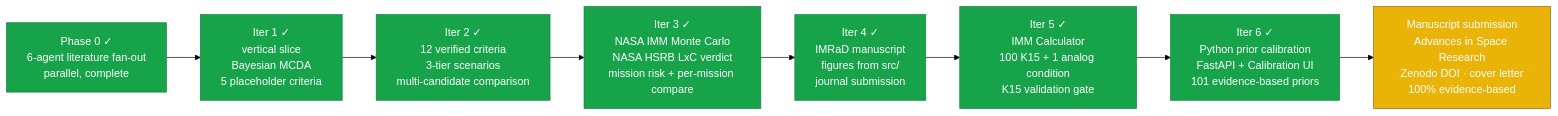
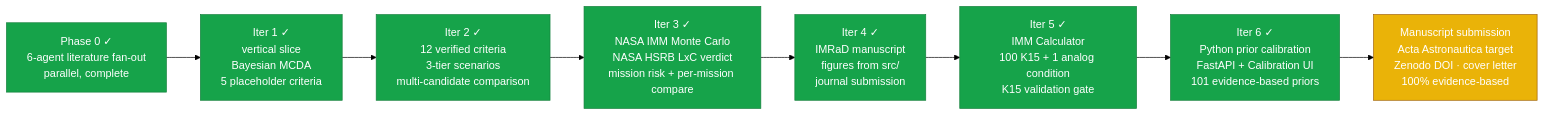
The first of 2 diagrams in README.md (strikerdlm/selectron), drawn with Mermaid (forest theme) before and after one commit. The commit also changed other lines of this file and 18 other files, not shown here.

Commit message:
Retarget manuscript to Acta and freeze priors

````diff
--- a/README.md
+++ b/README.md
@@ -98,15 +98,15 @@
 ```mermaid
 flowchart LR
     P0[Phase 0 ✓<br/>6-agent literature fan-out<br/>parallel, complete] --> I1
     I1[Iter 1 ✓<br/>vertical slice<br/>Bayesian MCDA<br/>5 placeholder criteria] --> I2
     I2[Iter 2 ✓<br/>12 verified criteria<br/>3-tier scenarios<br/>multi-candidate comparison] --> I3
     I3[Iter 3 ✓<br/>NASA IMM Monte Carlo<br/>NASA HSRB LxC verdict<br/>mission risk + per-mission compare] --> I4
     I4[Iter 4 ✓<br/>IMRaD manuscript<br/>figures from src/<br/>journal submission] --> I5
     I5[Iter 5 ✓<br/>IMM Calculator<br/>100 K15 + 1 analog condition<br/>K15 validation gate] --> I6
     I6[Iter 6 ✓<br/>Python prior calibration<br/>FastAPI + Calibration UI<br/>101 evidence-based priors] --> MS
-    MS[Manuscript submission<br/>Advances in Space Research<br/>Zenodo DOI · cover letter<br/>100% evidence-based]
+    MS[Manuscript submission<br/>Acta Astronautica target<br/>Zenodo DOI · cover letter<br/>100% evidence-based]
     classDef done fill:#16a34a,stroke:#15803d,color:#fff
     classDef active fill:#eab308,stroke:#a16207,color:#fff
     class P0,I1,I2,I3,I4,I5,I6 done
     class MS active
 ```
````
